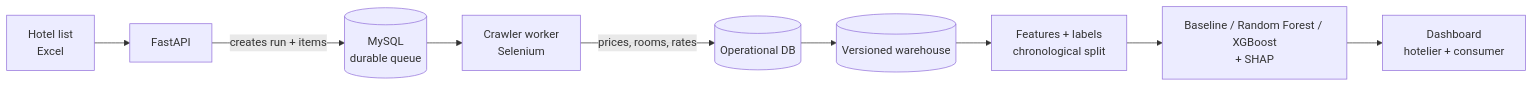
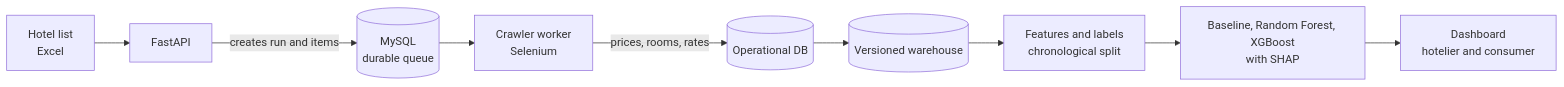
The diagram in README.md (Andnm/capstone-master), drawn with Mermaid before and after one commit.

````diff
--- a/README.md
+++ b/README.md
@@ -26,11 +26,11 @@
 ```mermaid
 flowchart LR
-  X[Hotel list<br/>Excel] --> API[FastAPI]
-  API -->|creates run + items| Q[(MySQL<br/>durable queue)]
-  Q --> W[Crawler worker<br/>Selenium]
-  W -->|prices, rooms, rates| DB[(Operational DB)]
-  DB --> WH[(Versioned warehouse)]
-  WH --> F[Features + labels<br/>chronological split]
-  F --> M[Baseline / Random Forest / XGBoost<br/>+ SHAP]
-  M --> D[Dashboard<br/>hotelier + consumer]
+  X["Hotel list<br/>Excel"] --> API["FastAPI"]
+  API -->|"creates run and items"| Q[("MySQL<br/>durable queue")]
+  Q --> W["Crawler worker<br/>Selenium"]
+  W -->|"prices, rooms, rates"| DB[("Operational DB")]
+  DB --> WH[("Versioned warehouse")]
+  WH --> F["Features and labels<br/>chronological split"]
+  F --> M["Baseline, Random Forest, XGBoost<br/>with SHAP"]
+  M --> D["Dashboard<br/>hotelier and consumer"]
 ```
````
